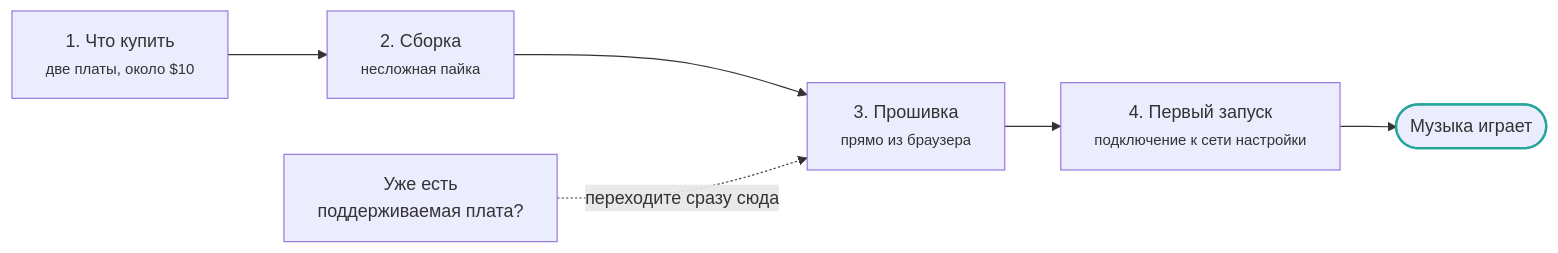
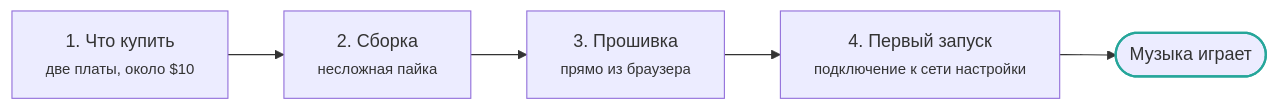
One commit to serverdevel/airplay-esp32 changed the diagram in docs/ru/getting-started/index.md. Above: the diagram before and after it, drawn with Mermaid. The commit also changed other lines of this file and 82 other files, not shown here.

````diff
--- a/docs/ru/getting-started/index.md
+++ b/docs/ru/getting-started/index.md
@@ -8,15 +8,13 @@
 ```mermaid
 flowchart LR
     A["1. Что купить<br/><small>две платы, около $10</small>"]
     B["2. Сборка<br/><small>несложная пайка</small>"]
     C["3. Прошивка<br/><small>прямо из браузера</small>"]
     D["4. Первый запуск<br/><small>подключение к сети настройки</small>"]
     E(["Музыка играет"])
 
     A --> B --> C --> D --> E
 
-    OWN["Уже есть<br/>поддерживаемая плата?"] -.->|переходите сразу сюда| C
-
     classDef done stroke:#26a69a,stroke-width:2px
     class E done
 ```
````
